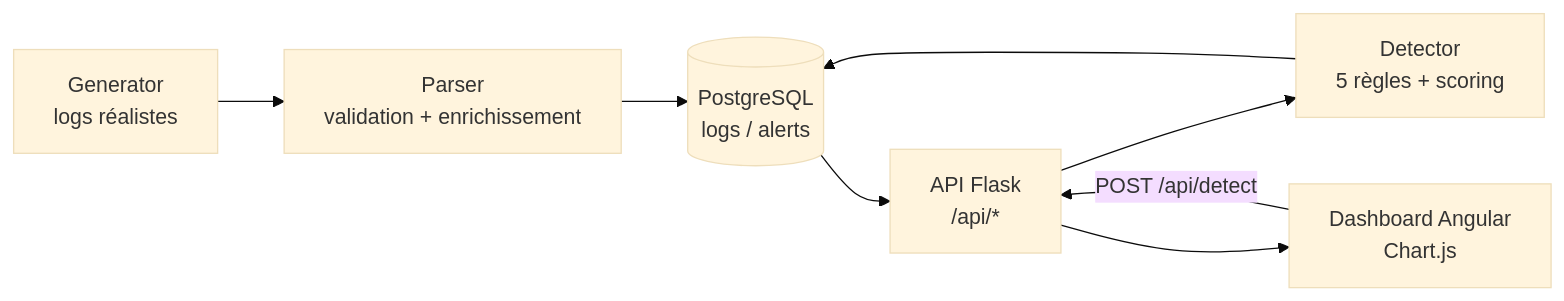
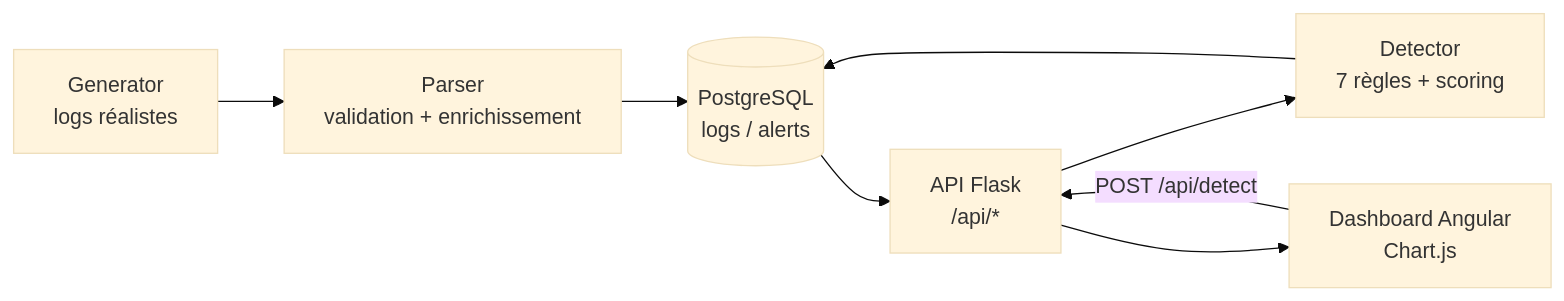
One commit to artichautttt/siem changed the diagram in README.md. Above: the diagram before and after it, drawn with Mermaid (base theme). The commit also changed other lines of this file, not shown here.

````diff
--- a/README.md
+++ b/README.md
@@ -17,10 +17,10 @@
 ```mermaid
 flowchart LR
     G[Generator<br/>logs réalistes] --> P[Parser<br/>validation + enrichissement]
     P --> DB[(PostgreSQL<br/>logs / alerts)]
     DB --> API[API Flask<br/>/api/*]
-    API --> D[Detector<br/>5 règles + scoring]
+    API --> D[Detector<br/>7 règles + scoring]
     D --> DB
     API --> UI[Dashboard Angular<br/>Chart.js]
     UI -->|POST /api/detect| API
 ```
````
